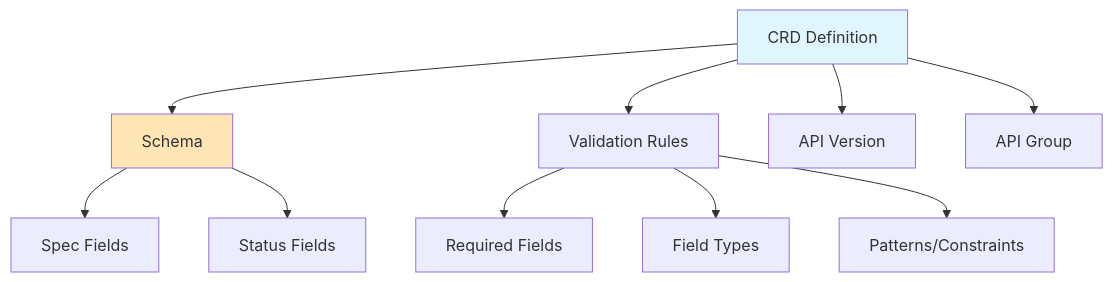
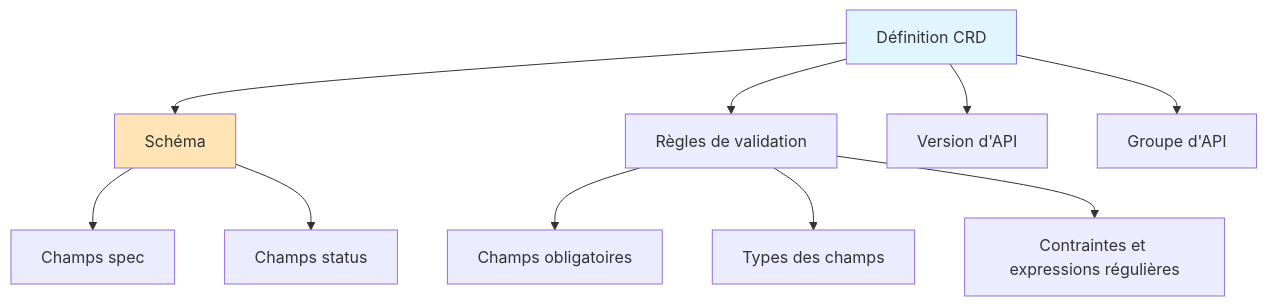
The second of 7 diagrams in k8s-operators-pratique/module-01/lessons/04-custom-resources.md (fallewi/advanced-kubernetes-trainings), drawn with Mermaid before and after one commit. The commit also changed other lines of this file, not shown here.

````diff
--- a/k8s-operators-pratique/module-01/lessons/04-custom-resources.md
+++ b/k8s-operators-pratique/module-01/lessons/04-custom-resources.md
@@ -99,17 +503,17 @@
 ```mermaid
 graph TB
-    CRD[CRD Definition] --> SCHEMA[Schema]
-    CRD --> VALIDATION[Validation Rules]
-    CRD --> VERSION[API Version]
-    CRD --> GROUP[API Group]
+    CRD[Définition CRD] --> SCHEMA[Schéma]
+    CRD --> VALIDATION[Règles de validation]
+    CRD --> VERSION[Version d'API]
+    CRD --> GROUP[Groupe d'API]
     
-    SCHEMA --> SPEC[Spec Fields]
-    SCHEMA --> STATUS[Status Fields]
+    SCHEMA --> SPEC[Champs spec]
+    SCHEMA --> STATUS[Champs status]
     
-    VALIDATION --> REQUIRED[Required Fields]
-    VALIDATION --> TYPES[Field Types]
-    VALIDATION --> PATTERNS[Patterns/Constraints]
+    VALIDATION --> REQUIRED[Champs obligatoires]
+    VALIDATION --> TYPES[Types des champs]
+    VALIDATION --> PATTERNS[Contraintes et expressions régulières]
     
     style CRD fill:#e1f5ff
     style SCHEMA fill:#FFE4B5
 ```
````
